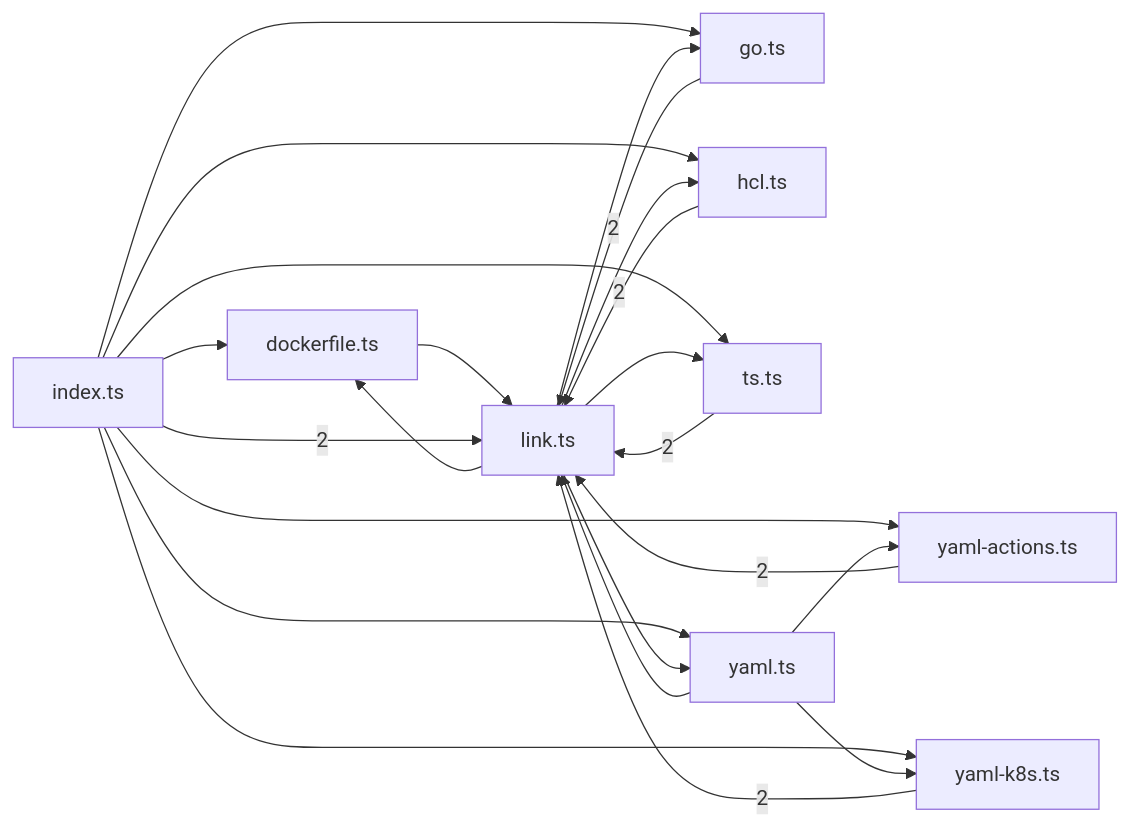
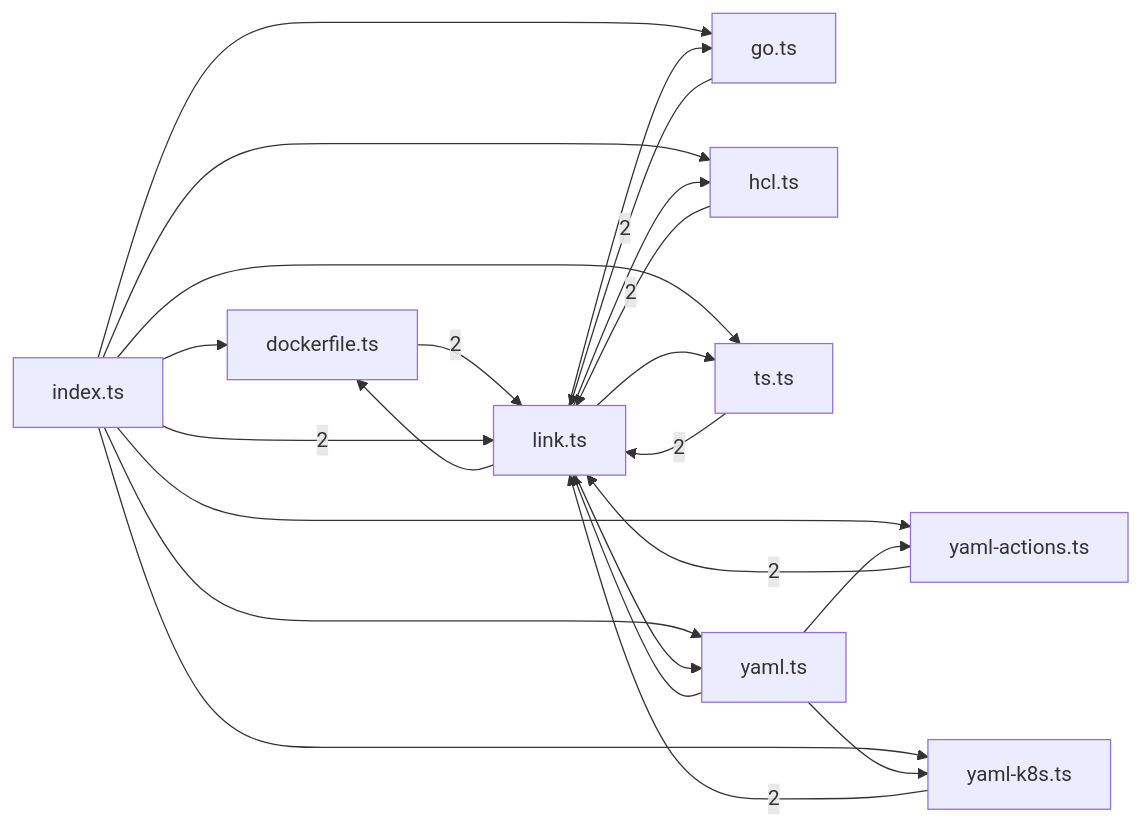
The fifth of 8 diagrams in .greplost/packages/greplost__core/MAP.md (sns45/greplost), drawn with Mermaid before and after one commit. The commit also changed other lines of this file and 16 other files, not shown here.

````diff
--- a/.greplost/packages/greplost__core/MAP.md
+++ b/.greplost/packages/greplost__core/MAP.md
@@ -317,34 +318,34 @@
 ```mermaid
 graph LR
   packages_core_src_references_dockerfile_ts["dockerfile.ts"]
   packages_core_src_references_go_ts["go.ts"]
   packages_core_src_references_hcl_ts["hcl.ts"]
   packages_core_src_references_index_ts["index.ts"]
   packages_core_src_references_link_ts["link.ts"]
   packages_core_src_references_ts_ts["ts.ts"]
   packages_core_src_references_yaml_actions_ts["yaml-actions.ts"]
   packages_core_src_references_yaml_k8s_ts["yaml-k8s.ts"]
   packages_core_src_references_yaml_ts["yaml.ts"]
-  packages_core_src_references_dockerfile_ts --> packages_core_src_references_link_ts
+  packages_core_src_references_dockerfile_ts -->|2| packages_core_src_references_link_ts
   packages_core_src_references_go_ts -->|2| packages_core_src_references_link_ts
   packages_core_src_references_hcl_ts -->|2| packages_core_src_references_link_ts
   packages_core_src_references_index_ts --> packages_core_src_references_dockerfile_ts
   packages_core_src_references_index_ts --> packages_core_src_references_go_ts
   packages_core_src_references_index_ts --> packages_core_src_references_hcl_ts
   packages_core_src_references_index_ts -->|2| packages_core_src_references_link_ts
   packages_core_src_references_index_ts --> packages_core_src_references_ts_ts
   packages_core_src_references_index_ts --> packages_core_src_references_yaml_actions_ts
   packages_core_src_references_index_ts --> packages_core_src_references_yaml_k8s_ts
   packages_core_src_references_index_ts --> packages_core_src_references_yaml_ts
   packages_core_src_references_link_ts --> packages_core_src_references_dockerfile_ts
   packages_core_src_references_link_ts --> packages_core_src_references_go_ts
   packages_core_src_references_link_ts --> packages_core_src_references_hcl_ts
   packages_core_src_references_link_ts --> packages_core_src_references_ts_ts
   packages_core_src_references_link_ts --> packages_core_src_references_yaml_ts
   packages_core_src_references_ts_ts -->|2| packages_core_src_references_link_ts
   packages_core_src_references_yaml_actions_ts -->|2| packages_core_src_references_link_ts
   packages_core_src_references_yaml_k8s_ts -->|2| packages_core_src_references_link_ts
   packages_core_src_references_yaml_ts --> packages_core_src_references_link_ts
   packages_core_src_references_yaml_ts --> packages_core_src_references_yaml_actions_ts
   packages_core_src_references_yaml_ts --> packages_core_src_references_yaml_k8s_ts
 ```
````
